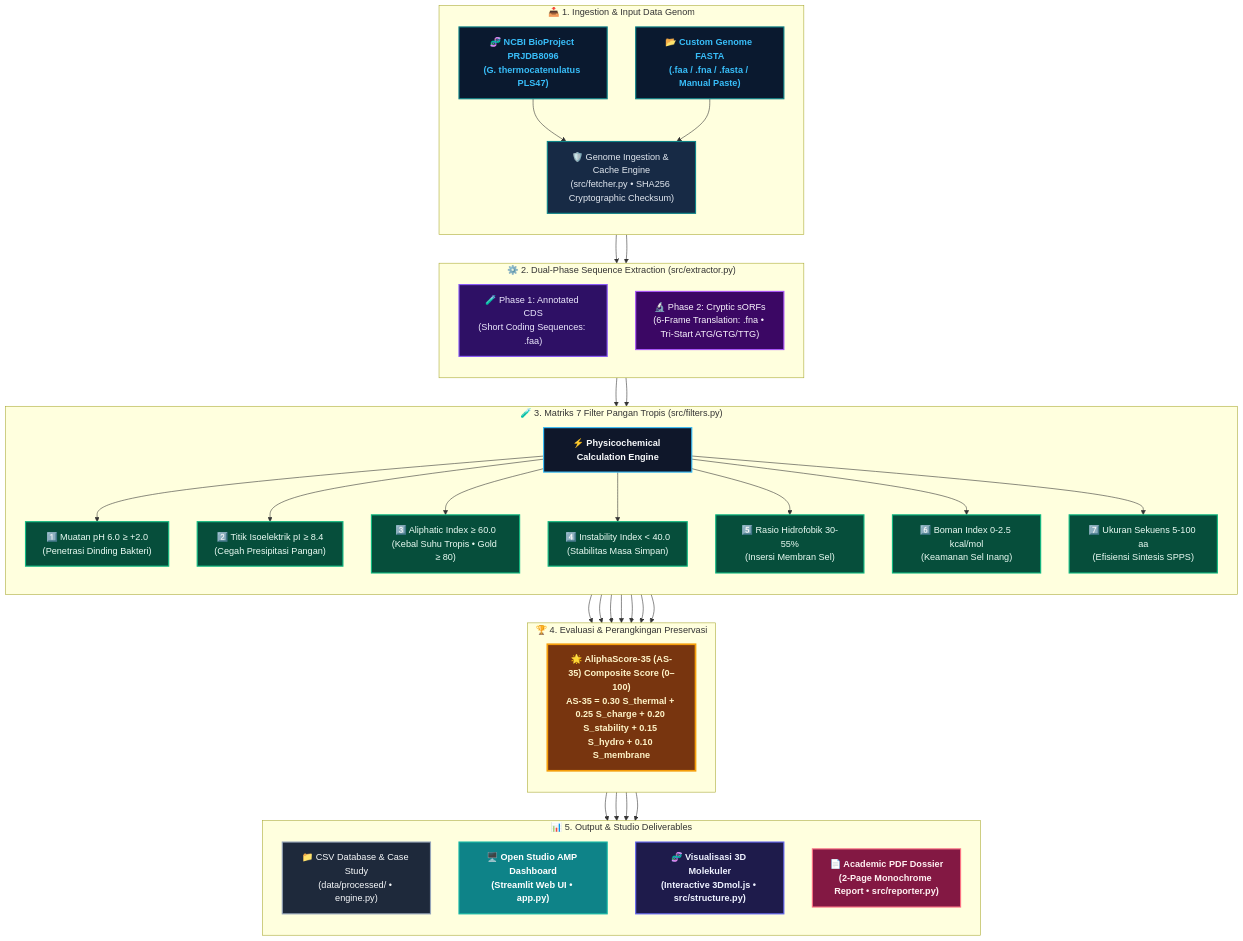
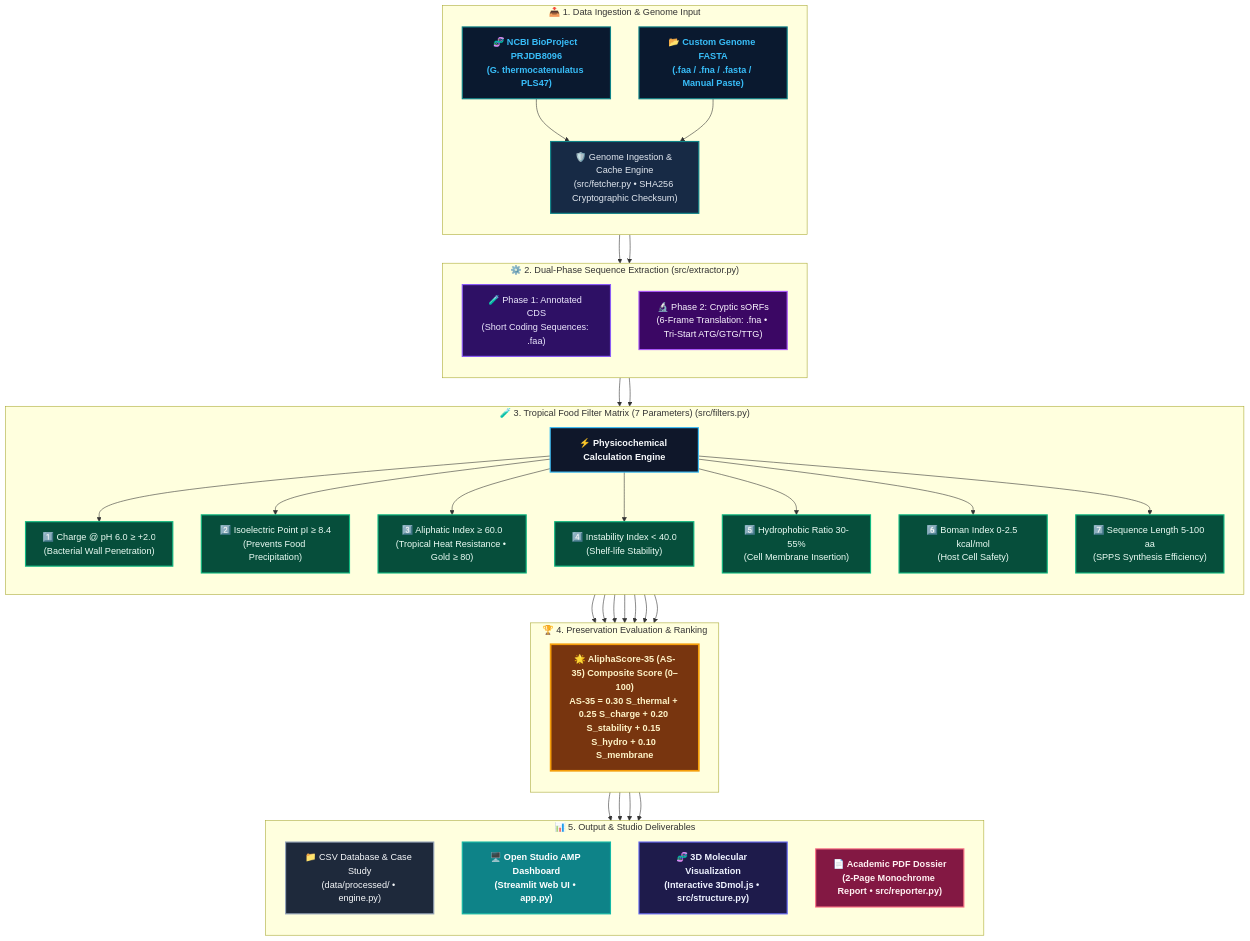
One commit to sulthanbadarudinalkatiri/Open-Studio-AMP changed the diagram in ARCHITECTURE.md. Above: the diagram before and after it, drawn with Mermaid. The commit also changed other lines of this file and 10 other files, not shown here.

````diff
--- a/ARCHITECTURE.md
+++ b/ARCHITECTURE.md
@@ -40,60 +40,60 @@
 ```mermaid
 flowchart TD
     %% INGESTION LAYER
-    subgraph INGESTION ["📥 1. Ingestion & Input Data Genom"]
+    subgraph INGESTION ["📥 1. Data Ingestion & Genome Input"]
         direction TB
         A1["🧬 NCBI BioProject PRJDB8096<br/>(G. thermocatenulatus PLS47)"]:::inputStyle
         A2["📂 Custom Genome FASTA<br/>(.faa / .fna / .fasta / Manual Paste)"]:::inputStyle
         B["🛡️ Genome Ingestion & Cache Engine<br/>(src/fetcher.py • SHA256 Cryptographic Checksum)"]:::cacheStyle
         A1 --> B
         A2 --> B
     end
 
     %% EXTRACTION LAYER
     subgraph EXTRACTION ["⚙️ 2. Dual-Phase Sequence Extraction (src/extractor.py)"]
         direction TB
         B --> C1["🧪 Phase 1: Annotated CDS<br/>(Short Coding Sequences: .faa)"]:::extractStyle
         B --> C2["🔬 Phase 2: Cryptic sORFs<br/>(6-Frame Translation: .fna • Tri-Start ATG/GTG/TTG)"]:::sorfStyle
     end
 
     %% FILTERING LAYER
-    subgraph FILTERING ["🧪 3. Matriks 7 Filter Pangan Tropis (src/filters.py)"]
+    subgraph FILTERING ["🧪 3. Tropical Food Filter Matrix (7 Parameters) (src/filters.py)"]
         direction TB
         C1 & C2 --> D["⚡ Physicochemical Calculation Engine"]:::calcStyle
-        D --> F1["1️⃣ Muatan pH 6.0 &ge; +2.0<br/>(Penetrasi Dinding Bakteri)"]:::filterStyle
-        D --> F2["2️⃣ Titik Isoelektrik pI &ge; 8.4<br/>(Cegah Presipitasi Pangan)"]:::filterStyle
-        D --> F3["3️⃣ Aliphatic Index &ge; 60.0<br/>(Kebal Suhu Tropis • Gold &ge; 80)"]:::filterStyle
-        D --> F4["4️⃣ Instability Index &lt; 40.0<br/>(Stabilitas Masa Simpan)"]:::filterStyle
-        D --> F5["5️⃣ Rasio Hidrofobik 30-55%<br/>(Insersi Membran Sel)"]:::filterStyle
-        D --> F6["6️⃣ Boman Index 0-2.5 kcal/mol<br/>(Keamanan Sel Inang)"]:::filterStyle
-        D --> F7["7️⃣ Ukuran Sekuens 5-100 aa<br/>(Efisiensi Sintesis SPPS)"]:::filterStyle
+        D --> F1["1️⃣ Charge @ pH 6.0 &ge; +2.0<br/>(Bacterial Wall Penetration)"]:::filterStyle
+        D --> F2["2️⃣ Isoelectric Point pI &ge; 8.4<br/>(Prevents Food Precipitation)"]:::filterStyle
+        D --> F3["3️⃣ Aliphatic Index &ge; 60.0<br/>(Tropical Heat Resistance • Gold &ge; 80)"]:::filterStyle
+        D --> F4["4️⃣ Instability Index &lt; 40.0<br/>(Shelf-life Stability)"]:::filterStyle
+        D --> F5["5️⃣ Hydrophobic Ratio 30-55%<br/>(Cell Membrane Insertion)"]:::filterStyle
+        D --> F6["6️⃣ Boman Index 0-2.5 kcal/mol<br/>(Host Cell Safety)"]:::filterStyle
+        D --> F7["7️⃣ Sequence Length 5-100 aa<br/>(SPPS Synthesis Efficiency)"]:::filterStyle
     end
 
     %% SCORING LAYER
-    subgraph SCORING ["🏆 4. Evaluasi & Perangkingan Preservasi"]
+    subgraph SCORING ["🏆 4. Preservation Evaluation & Ranking"]
         direction TB
         F1 & F2 & F3 & F4 & F5 & F6 & F7 --> S["🌟 AliphaScore-35 (AS-35) Composite Score (0–100)<br/>AS-35 = 0.30 S_thermal + 0.25 S_charge + 0.20 S_stability + 0.15 S_hydro + 0.10 S_membrane"]:::scoreStyle
     end
 
     %% OUTPUT LAYER
     subgraph OUTPUT ["📊 5. Output & Studio Deliverables"]
         direction TB
         S --> O1["📁 CSV Database & Case Study<br/>(data/processed/ • engine.py)"]:::csvStyle
         S --> O2["🖥️ Open Studio AMP Dashboard<br/>(Streamlit Web UI • app.py)"]:::uiStyle
-        S --> O3["🧬 Visualisasi 3D Molekuler<br/>(Interactive 3Dmol.js • src/structure.py)"]:::molStyle
+        S --> O3["🧬 3D Molecular Visualization<br/>(Interactive 3Dmol.js • src/structure.py)"]:::molStyle
         S --> O4["📄 Academic PDF Dossier<br/>(2-Page Monochrome Report • src/reporter.py)"]:::pdfStyle
     end
 
     %% CLASS DEFINITIONS & COLOR THEMES
     classDef inputStyle fill:#0A192F,stroke:#0E8388,stroke-width:2px,color:#38BDF8,font-weight:bold;
     classDef cacheStyle fill:#172A45,stroke:#0E8388,stroke-width:2px,color:#E2E8F0;
     classDef extractStyle fill:#2E1065,stroke:#8B5CF6,stroke-width:2px,color:#EDE9FE;
     classDef sorfStyle fill:#3B0764,stroke:#A855F7,stroke-width:2px,color:#FAF5FF;
     classDef calcStyle fill:#0F172A,stroke:#38BDF8,stroke-width:2px,color:#F8FAFC,font-weight:bold;
     classDef filterStyle fill:#064E3B,stroke:#10B981,stroke-width:2px,color:#ECFDF5;
     classDef scoreStyle fill:#78350F,stroke:#F59E0B,stroke-width:3px,color:#FEF3C7,font-weight:bold;
     classDef csvStyle fill:#1E293B,stroke:#94A3B8,stroke-width:2px,color:#F8FAFC;
     classDef uiStyle fill:#0E8388,stroke:#14B8A6,stroke-width:2px,color:#FFFFFF,font-weight:bold;
     classDef molStyle fill:#1E1B4B,stroke:#6366F1,stroke-width:2px,color:#EEF2FF,font-weight:bold;
     classDef pdfStyle fill:#831843,stroke:#FB7185,stroke-width:2px,color:#FFF1F2,font-weight:bold;
 ```
````
